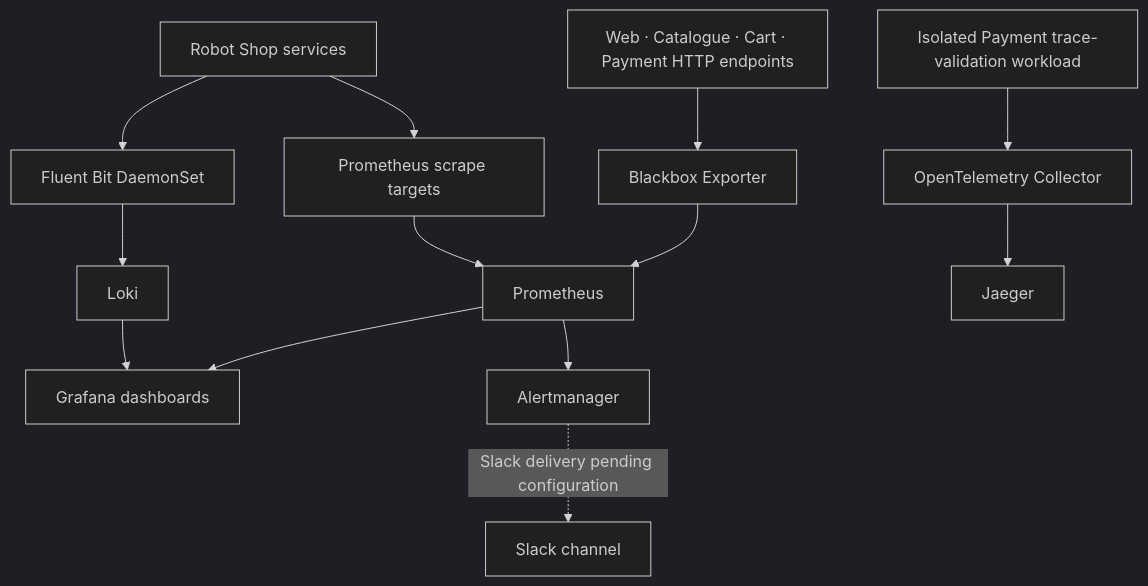
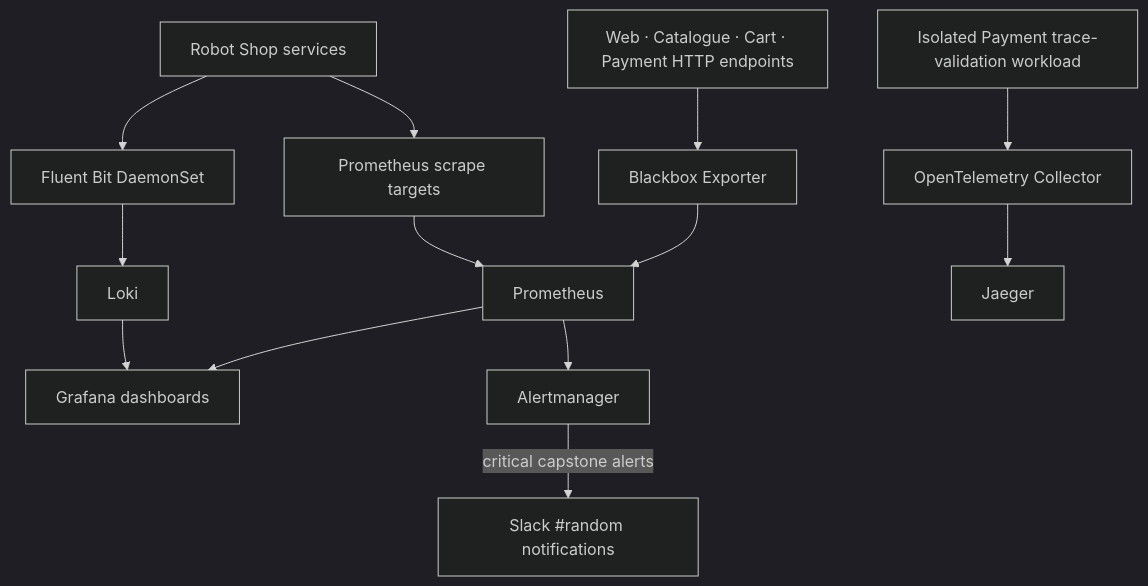
One commit to KayceeJayy/robot-shop changed the second of 2 diagrams in README.md. Above: the diagram before and after it, drawn with Mermaid (dark theme). The commit also changed other lines of this file, not shown here.

Commit message:
docs: document verified Slack alert delivery

```diff
--- a/README.md
+++ b/README.md
@@ -63,15 +64,15 @@
 ~~~mermaid
 flowchart TD
     App[Robot Shop services] --> Metrics[Prometheus scrape targets]
     Endpoints[Web · Catalogue · Cart · Payment HTTP endpoints] --> Blackbox[Blackbox Exporter]
     Blackbox --> Prometheus[Prometheus]
     Metrics --> Prometheus
     Prometheus --> Grafana[Grafana dashboards]
     Prometheus --> Alertmanager[Alertmanager]
-    Alertmanager -. "Slack delivery pending configuration" .-> Slack[Slack channel]
+    Alertmanager -->|critical capstone alerts| Slack[Slack #random notifications]
     App --> FluentBit[Fluent Bit DaemonSet]
     FluentBit --> Loki[Loki]
     Loki --> Grafana
     PaymentTest[Isolated Payment trace-validation workload] --> OTel[OpenTelemetry Collector]
     OTel --> Jaeger[Jaeger]
 ~~~
```
